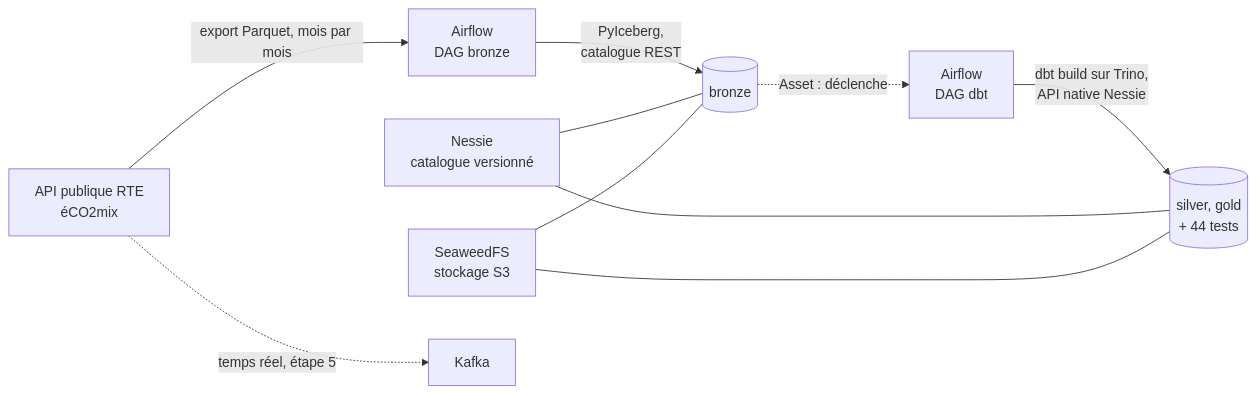
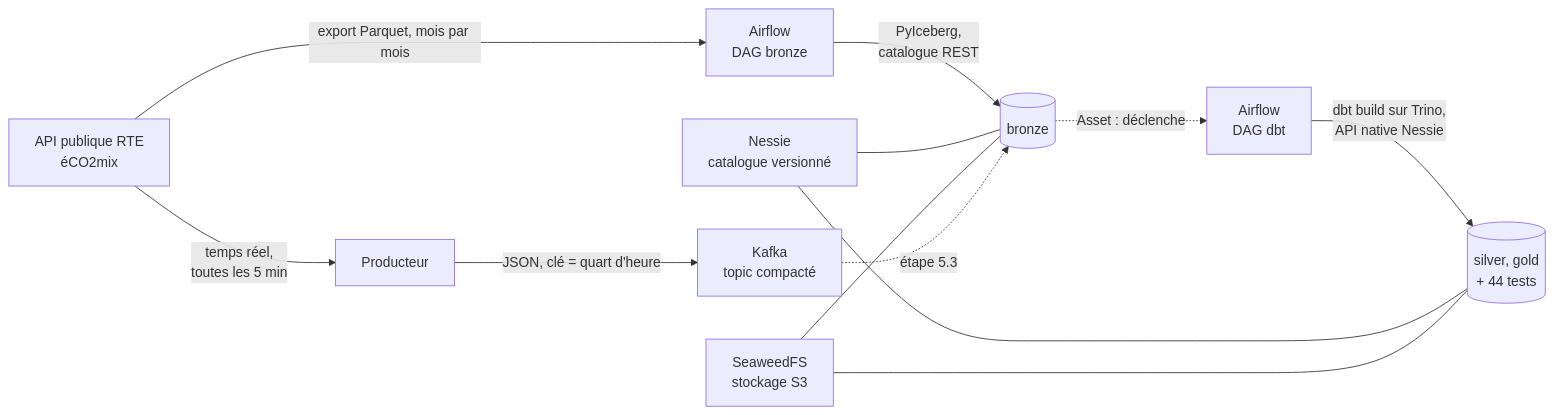
Before and after one commit to Maeva-RODRIGUES/wattlake: the diagram in README.md, drawn with Mermaid. The commit also changed other lines of this file and 27 other files, not shown here.

````diff
--- a/README.md
+++ b/README.md
@@ -29,12 +29,14 @@
 ```mermaid
 flowchart LR
     API[API publique RTE<br/>éCO2mix] -->|export Parquet, mois par mois| AF[Airflow<br/>DAG bronze]
     AF -->|PyIceberg,<br/>catalogue REST| BR[(bronze)]
     BR -.->|Asset : déclenche| DBT[Airflow<br/>DAG dbt]
     DBT -->|dbt build sur Trino,<br/>API native Nessie| SG[(silver, gold<br/>+ 44 tests)]
     NES[Nessie<br/>catalogue versionné] --- BR
     NES --- SG
     S3[SeaweedFS<br/>stockage S3] --- BR
     S3 --- SG
-    API -.->|temps réel, étape 5| K[Kafka]
+    API -->|temps réel,<br/>toutes les 5 min| PR[Producteur]
+    PR -->|JSON, clé = quart d'heure| K[Kafka<br/>topic compacté]
+    K -.->|étape 5.3| BR
 ```
````
